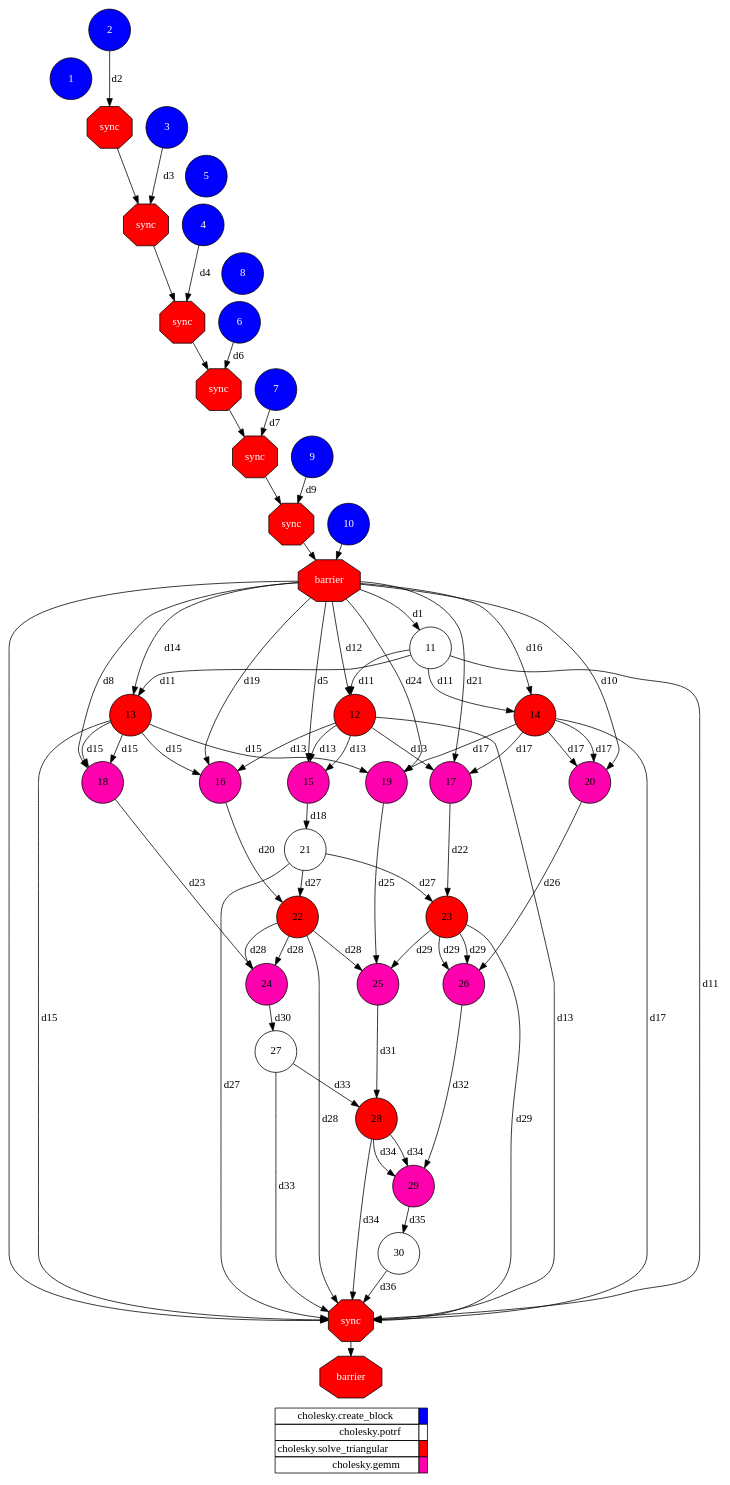
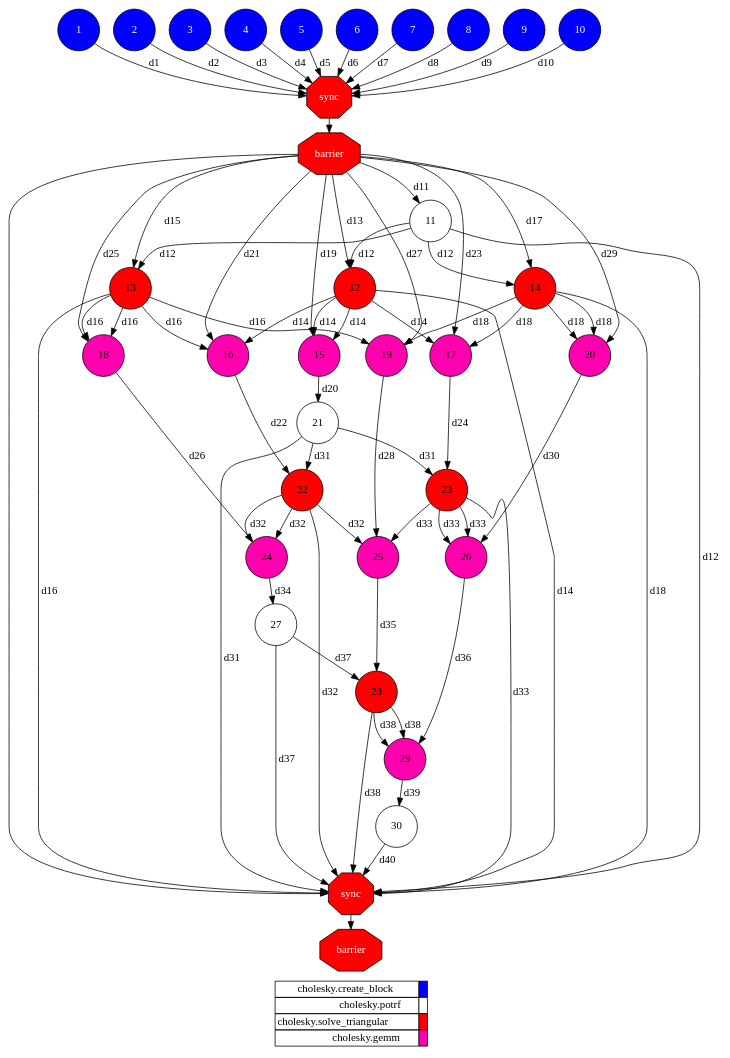
One commit to cristianrcv/pycompss-autoparallel changed the diagram in examples/cholesky/userparallel/complete_graph.dot. Above: the diagram before and after it, drawn with Graphviz. The commit also changed 6 other files, not shown here.

```diff
--- a/examples/cholesky/userparallel/complete_graph.dot
+++ b/examples/cholesky/userparallel/complete_graph.dot
@@ -1,144 +1,137 @@
 digraph {
   rankdir=TB;
   labeljust="l";
   subgraph dependence_graph {
     ranksep=0.20;
     node[height=0.75];
 
 1[shape=circle, style=filled fillcolor="#0000ff" fontcolor="#ffffff"];
 2[shape=circle, style=filled fillcolor="#0000ff" fontcolor="#ffffff"];
+3[shape=circle, style=filled fillcolor="#0000ff" fontcolor="#ffffff"];
+4[shape=circle, style=filled fillcolor="#0000ff" fontcolor="#ffffff"];
+5[shape=circle, style=filled fillcolor="#0000ff" fontcolor="#ffffff"];
+6[shape=circle, style=filled fillcolor="#0000ff" fontcolor="#ffffff"];
+7[shape=circle, style=filled fillcolor="#0000ff" fontcolor="#ffffff"];
+8[shape=circle, style=filled fillcolor="#0000ff" fontcolor="#ffffff"];
+9[shape=circle, style=filled fillcolor="#0000ff" fontcolor="#ffffff"];
+10[shape=circle, style=filled fillcolor="#0000ff" fontcolor="#ffffff"];
 Synchro1[label="sync", shape=octagon, style=filled fillcolor="#ff0000" fontcolor="#FFFFFF"];
+1 -> Synchro1[ label="d1" ];
 2 -> Synchro1[ label="d2" ];
-3[shape=circle, style=filled fillcolor="#0000ff" fontcolor="#ffffff"];
-Synchro2[label="sync", shape=octagon, style=filled fillcolor="#ff0000" fontcolor="#FFFFFF"];
+3 -> Synchro1[ label="d3" ];
+4 -> Synchro1[ label="d4" ];
+5 -> Synchro1[ label="d5" ];
+6 -> Synchro1[ label="d6" ];
+7 -> Synchro1[ label="d7" ];
+8 -> Synchro1[ label="d8" ];
+9 -> Synchro1[ label="d9" ];
+10 -> Synchro1[ label="d10" ];
+Synchro2[label="barrier", shape=octagon, style=filled fillcolor="#ff0000" fontcolor="#FFFFFF"];
 Synchro1 -> Synchro2;
-3 -> Synchro2[ label="d3" ];
-4[shape=circle, style=filled fillcolor="#0000ff" fontcolor="#ffffff"];
+11[shape=circle, style=filled fillcolor="#ffffff" fontcolor="#000000"];
+Synchro2 -> 11[ label="d11" ];
+12[shape=circle, style=filled fillcolor="#ff0000" fontcolor="#000000"];
+11 -> 12[ label="d12" ];
+Synchro2 -> 12[ label="d13" ];
+13[shape=circle, style=filled fillcolor="#ff0000" fontcolor="#000000"];
+11 -> 13[ label="d12" ];
+Synchro2 -> 13[ label="d15" ];
+14[shape=circle, style=filled fillcolor="#ff0000" fontcolor="#000000"];
+11 -> 14[ label="d12" ];
+Synchro2 -> 14[ label="d17" ];
+15[shape=circle, style=filled fillcolor="#ff00ae" fontcolor="#000000"];
+12 -> 15[ label="d14" ];
+12 -> 15[ label="d14" ];
+Synchro2 -> 15[ label="d19" ];
+16[shape=circle, style=filled fillcolor="#ff00ae" fontcolor="#000000"];
+13 -> 16[ label="d16" ];
+12 -> 16[ label="d14" ];
+Synchro2 -> 16[ label="d21" ];
+17[shape=circle, style=filled fillcolor="#ff00ae" fontcolor="#000000"];
+14 -> 17[ label="d18" ];
+12 -> 17[ label="d14" ];
+Synchro2 -> 17[ label="d23" ];
+18[shape=circle, style=filled fillcolor="#ff00ae" fontcolor="#000000"];
+13 -> 18[ label="d16" ];
+13 -> 18[ label="d16" ];
+Synchro2 -> 18[ label="d25" ];
+19[shape=circle, style=filled fillcolor="#ff00ae" fontcolor="#000000"];
+14 -> 19[ label="d18" ];
+13 -> 19[ label="d16" ];
+Synchro2 -> 19[ label="d27" ];
+20[shape=circle, style=filled fillcolor="#ff00ae" fontcolor="#000000"];
+14 -> 20[ label="d18" ];
+14 -> 20[ label="d18" ];
+Synchro2 -> 20[ label="d29" ];
+21[shape=circle, style=filled fillcolor="#ffffff" fontcolor="#000000"];
+15 -> 21[ label="d20" ];
+22[shape=circle, style=filled fillcolor="#ff0000" fontcolor="#000000"];
+21 -> 22[ label="d31" ];
+16 -> 22[ label="d22" ];
+23[shape=circle, style=filled fillcolor="#ff0000" fontcolor="#000000"];
+21 -> 23[ label="d31" ];
+17 -> 23[ label="d24" ];
+24[shape=circle, style=filled fillcolor="#ff00ae" fontcolor="#000000"];
+22 -> 24[ label="d32" ];
+22 -> 24[ label="d32" ];
+18 -> 24[ label="d26" ];
+25[shape=circle, style=filled fillcolor="#ff00ae" fontcolor="#000000"];
+23 -> 25[ label="d33" ];
+22 -> 25[ label="d32" ];
+19 -> 25[ label="d28" ];
+26[shape=circle, style=filled fillcolor="#ff00ae" fontcolor="#000000"];
+23 -> 26[ label="d33" ];
+23 -> 26[ label="d33" ];
+20 -> 26[ label="d30" ];
+27[shape=circle, style=filled fillcolor="#ffffff" fontcolor="#000000"];
+24 -> 27[ label="d34" ];
+28[shape=circle, style=filled fillcolor="#ff0000" fontcolor="#000000"];
+27 -> 28[ label="d37" ];
+25 -> 28[ label="d35" ];
+29[shape=circle, style=filled fillcolor="#ff00ae" fontcolor="#000000"];
+28 -> 29[ label="d38" ];
+28 -> 29[ label="d38" ];
+26 -> 29[ label="d36" ];
+30[shape=circle, style=filled fillcolor="#ffffff" fontcolor="#000000"];
+29 -> 30[ label="d39" ];
 Synchro3[label="sync", shape=octagon, style=filled fillcolor="#ff0000" fontcolor="#FFFFFF"];
 Synchro2 -> Synchro3;
-4 -> Synchro3[ label="d4" ];
-5[shape=circle, style=filled fillcolor="#0000ff" fontcolor="#ffffff"];
-6[shape=circle, style=filled fillcolor="#0000ff" fontcolor="#ffffff"];
-Synchro4[label="sync", shape=octagon, style=filled fillcolor="#ff0000" fontcolor="#FFFFFF"];
-Synchro3 -> Synchro4;
-6 -> Synchro4[ label="d6" ];
-7[shape=circle, style=filled fillcolor="#0000ff" fontcolor="#ffffff"];
-Synchro5[label="sync", shape=octagon, style=filled fillcolor="#ff0000" fontcolor="#FFFFFF"];
-Synchro4 -> Synchro5;
-7 -> Synchro5[ label="d7" ];
-8[shape=circle, style=filled fillcolor="#0000ff" fontcolor="#ffffff"];
-9[shape=circle, style=filled fillcolor="#0000ff" fontcolor="#ffffff"];
-Synchro6[label="sync", shape=octagon, style=filled fillcolor="#ff0000" fontcolor="#FFFFFF"];
-Synchro5 -> Synchro6;
-9 -> Synchro6[ label="d9" ];
-10[shape=circle, style=filled fillcolor="#0000ff" fontcolor="#ffffff"];
-Synchro7[label="barrier", shape=octagon, style=filled fillcolor="#ff0000" fontcolor="#FFFFFF"];
-Synchro6 -> Synchro7;
-10 -> Synchro7;
-11[shape=circle, style=filled fillcolor="#ffffff" fontcolor="#000000"];
-Synchro7 -> 11[ label="d1" ];
-12[shape=circle, style=filled fillcolor="#ff0000" fontcolor="#000000"];
-11 -> 12[ label="d11" ];
-Synchro7 -> 12[ label="d12" ];
-13[shape=circle, style=filled fillcolor="#ff0000" fontcolor="#000000"];
-11 -> 13[ label="d11" ];
-Synchro7 -> 13[ label="d14" ];
-14[shape=circle, style=filled fillcolor="#ff0000" fontcolor="#000000"];
-11 -> 14[ label="d11" ];
-Synchro7 -> 14[ label="d16" ];
-15[shape=circle, style=filled fillcolor="#ff00ae" fontcolor="#000000"];
-12 -> 15[ label="d13" ];
-12 -> 15[ label="d13" ];
-Synchro7 -> 15[ label="d5" ];
-16[shape=circle, style=filled fillcolor="#ff00ae" fontcolor="#000000"];
-13 -> 16[ label="d15" ];
-12 -> 16[ label="d13" ];
-Synchro7 -> 16[ label="d19" ];
-17[shape=circle, style=filled fillcolor="#ff00ae" fontcolor="#000000"];
-14 -> 17[ label="d17" ];
-12 -> 17[ label="d13" ];
-Synchro7 -> 17[ label="d21" ];
-18[shape=circle, style=filled fillcolor="#ff00ae" fontcolor="#000000"];
-13 -> 18[ label="d15" ];
-13 -> 18[ label="d15" ];
-Synchro7 -> 18[ label="d8" ];
-19[shape=circle, style=filled fillcolor="#ff00ae" fontcolor="#000000"];
-14 -> 19[ label="d17" ];
-13 -> 19[ label="d15" ];
-Synchro7 -> 19[ label="d24" ];
-20[shape=circle, style=filled fillcolor="#ff00ae" fontcolor="#000000"];
-14 -> 20[ label="d17" ];
-14 -> 20[ label="d17" ];
-Synchro7 -> 20[ label="d10" ];
-21[shape=circle, style=filled fillcolor="#ffffff" fontcolor="#000000"];
-15 -> 21[ label="d18" ];
-22[shape=circle, style=filled fillcolor="#ff0000" fontcolor="#000000"];
-21 -> 22[ label="d27" ];
-16 -> 22[ label="d20" ];
-23[shape=circle, style=filled fillcolor="#ff0000" fontcolor="#000000"];
-21 -> 23[ label="d27" ];
-17 -> 23[ label="d22" ];
-24[shape=circle, style=filled fillcolor="#ff00ae" fontcolor="#000000"];
-22 -> 24[ label="d28" ];
-22 -> 24[ label="d28" ];
-18 -> 24[ label="d23" ];
-25[shape=circle, style=filled fillcolor="#ff00ae" fontcolor="#000000"];
-23 -> 25[ label="d29" ];
-22 -> 25[ label="d28" ];
-19 -> 25[ label="d25" ];
-26[shape=circle, style=filled fillcolor="#ff00ae" fontcolor="#000000"];
-23 -> 26[ label="d29" ];
-23 -> 26[ label="d29" ];
-20 -> 26[ label="d26" ];
-27[shape=circle, style=filled fillcolor="#ffffff" fontcolor="#000000"];
-24 -> 27[ label="d30" ];
-28[shape=circle, style=filled fillcolor="#ff0000" fontcolor="#000000"];
-27 -> 28[ label="d33" ];
-25 -> 28[ label="d31" ];
-29[shape=circle, style=filled fillcolor="#ff00ae" fontcolor="#000000"];
-28 -> 29[ label="d34" ];
-28 -> 29[ label="d34" ];
-26 -> 29[ label="d32" ];
-30[shape=circle, style=filled fillcolor="#ffffff" fontcolor="#000000"];
-29 -> 30[ label="d35" ];
-Synchro8[label="sync", shape=octagon, style=filled fillcolor="#ff0000" fontcolor="#FFFFFF"];
-Synchro7 -> Synchro8;
-11 -> Synchro8[ label="d11" ];
-12 -> Synchro8[ label="d13" ];
-21 -> Synchro8[ label="d27" ];
-13 -> Synchro8[ label="d15" ];
-22 -> Synchro8[ label="d28" ];
-27 -> Synchro8[ label="d33" ];
-14 -> Synchro8[ label="d17" ];
-23 -> Synchro8[ label="d29" ];
-28 -> Synchro8[ label="d34" ];
-30 -> Synchro8[ label="d36" ];
-Synchro9[label="barrier", shape=octagon, style=filled fillcolor="#ff0000" fontcolor="#FFFFFF"];
-Synchro8 -> Synchro9;  }
+11 -> Synchro3[ label="d12" ];
+12 -> Synchro3[ label="d14" ];
+21 -> Synchro3[ label="d31" ];
+13 -> Synchro3[ label="d16" ];
+22 -> Synchro3[ label="d32" ];
+27 -> Synchro3[ label="d37" ];
+14 -> Synchro3[ label="d18" ];
+23 -> Synchro3[ label="d33" ];
+28 -> Synchro3[ label="d38" ];
+30 -> Synchro3[ label="d40" ];
+Synchro4[label="barrier", shape=octagon, style=filled fillcolor="#ff0000" fontcolor="#FFFFFF"];
+Synchro3 -> Synchro4;  }
   subgraph legend {
     rank=sink;
     node [shape=plaintext, height=0.75];
     ranksep=0.20;
     label = "Legend";
     key [label=<
       <table border="0" cellpadding="2" cellspacing="0" cellborder="1">
 <tr>
 <td align="right">cholesky.create_block</td>
 <td bgcolor="#0000ff">&nbsp;</td>
 </tr>
 <tr>
 <td align="right">cholesky.potrf</td>
 <td bgcolor="#ffffff">&nbsp;</td>
 </tr>
 <tr>
 <td align="right">cholesky.solve_triangular</td>
 <td bgcolor="#ff0000">&nbsp;</td>
 </tr>
 <tr>
 <td align="right">cholesky.gemm</td>
 <td bgcolor="#ff00ae">&nbsp;</td>
 </tr>
       </table>
     >]
   }
 }
```
